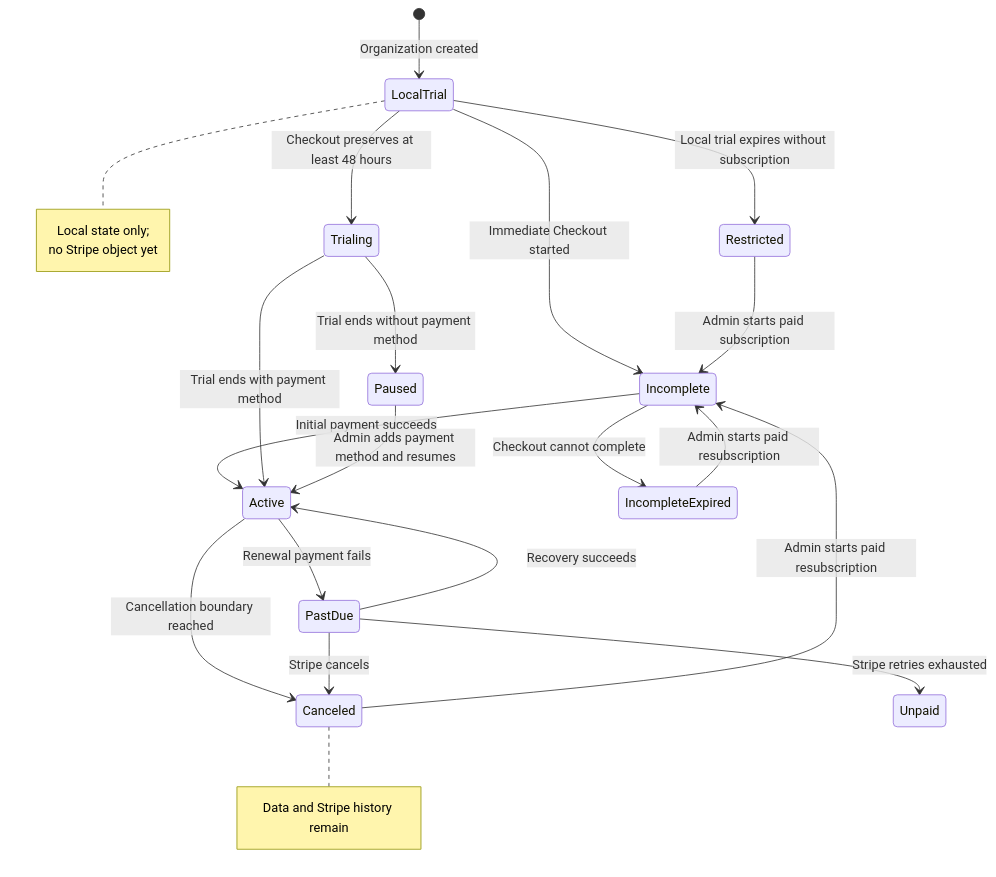
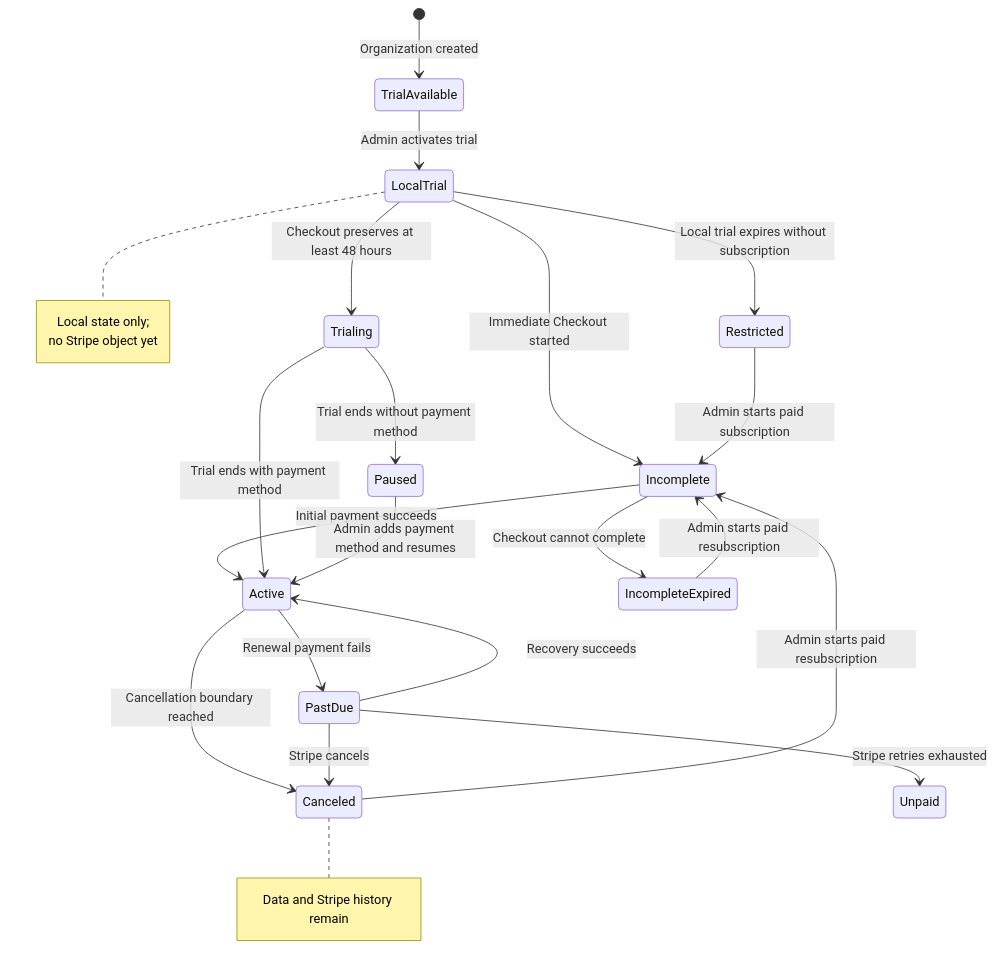
One commit to getnao/nao changed the eighth of 13 diagrams in apps/backend/docs/cloud-billing-stripe.md. Above: the diagram before and after it, drawn with Mermaid. The commit also changed other lines of this file and 10 other files, not shown here.

Commit message:
no automatic trial starts, simplified billing page and updated plan regarding organization and onboarding

````diff
--- a/apps/backend/docs/cloud-billing-stripe.md
+++ b/apps/backend/docs/cloud-billing-stripe.md
@@ -454,29 +462,30 @@
 ```mermaid
 stateDiagram-v2
-    [*] --> LocalTrial: Organization created
+    [*] --> TrialAvailable: Organization created
+    TrialAvailable --> LocalTrial: Admin activates trial
     LocalTrial --> Incomplete: Immediate Checkout started
     LocalTrial --> Trialing: Checkout preserves at least 48 hours
     LocalTrial --> Restricted: Local trial expires without subscription
     Incomplete --> Active: Initial payment succeeds
     Incomplete --> IncompleteExpired: Checkout cannot complete
     Trialing --> Active: Trial ends with payment method
     Trialing --> Paused: Trial ends without payment method
     Active --> PastDue: Renewal payment fails
     Active --> Canceled: Cancellation boundary reached
     PastDue --> Active: Recovery succeeds
     PastDue --> Unpaid: Stripe retries exhausted
     PastDue --> Canceled: Stripe cancels
     Paused --> Active: Admin adds payment method and resumes
     Canceled --> Incomplete: Admin starts paid resubscription
     IncompleteExpired --> Incomplete: Admin starts paid resubscription
     Restricted --> Incomplete: Admin starts paid subscription
 
     note right of LocalTrial
         Local state only;
         no Stripe object yet
     end note
 
     note right of Canceled
         Data and Stripe history remain
     end note
 ```
````
